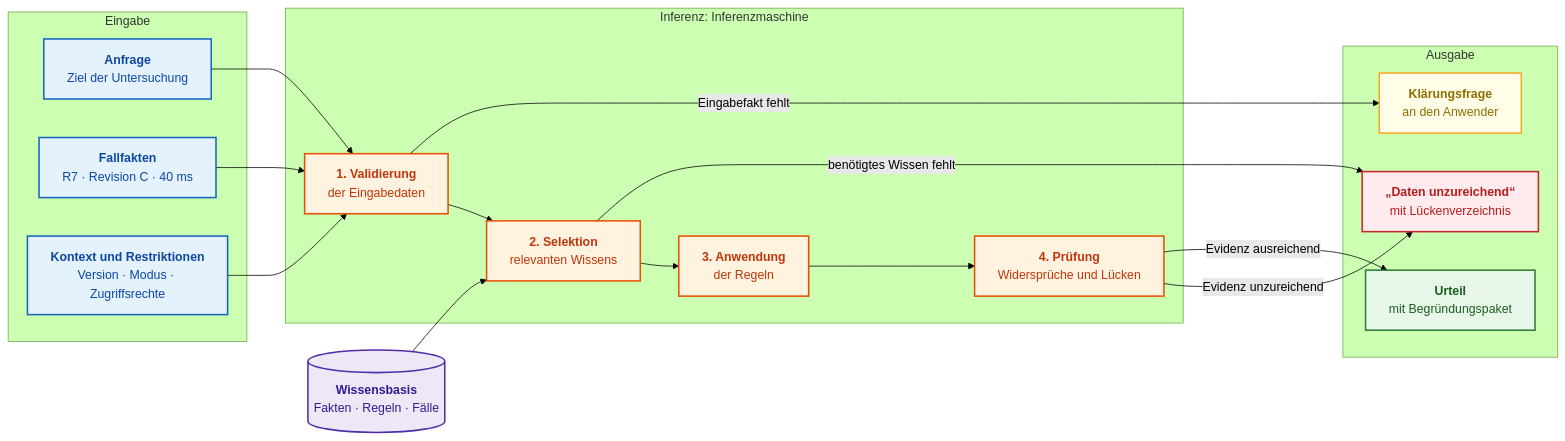
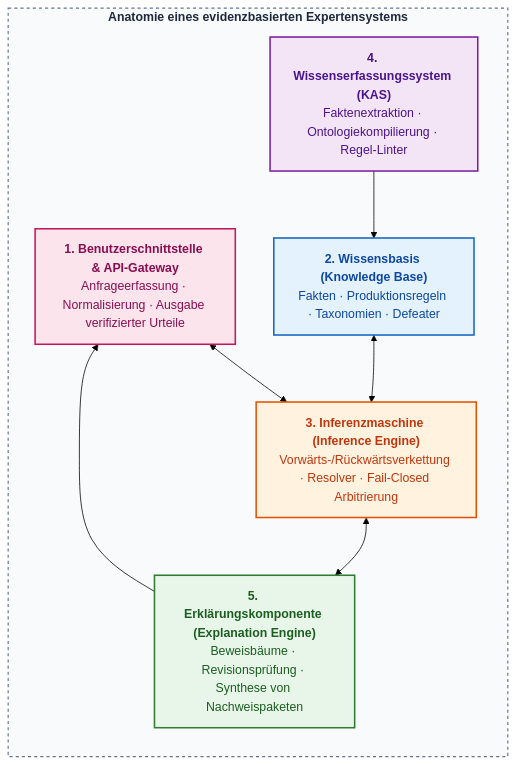
Before and after one commit to nick-fedchik/articles: the third of 4 diagrams in ExpertSystem/translations/de/ch01-introduction-to-expert-systems.md, drawn with Mermaid (forest theme). The commit also changed other lines of this file and 2 other files, not shown here.

Commit message:
feat(ch01): restructure introductory chapter, add classical founders dialogue, colorize anatomy diagram, and format header (UA/EN/DE)

````diff
--- a/ExpertSystem/translations/de/ch01-introduction-to-expert-systems.md
+++ b/ExpertSystem/translations/de/ch01-introduction-to-expert-systems.md
@@ -318,48 +148,38 @@
 ```mermaid
-flowchart LR
-    accTitle: Eingabe, Inferenz und Ausgabe eines Expertensystems
-    accDescr: Anfrage, Fallfakten, Kontext und Restriktionen bilden die Eingabe. Die Inferenzmaschine validiert die Daten, selektiert Wissen aus der Wissensbasis, wendet Regeln an und prüft Widersprüche. Als Ausgabe liefert das System ein Urteil mit Begründungspaket, eine Klärungsfrage oder eine fundierte Verweigerung mangels Daten.
+flowchart TD
+    accTitle: Anatomie eines evidenzbasierten Expertensystems
+    accDescr: Fünf Kernteilsysteme des Expertensystems: Benutzerschnittstelle und API-Gateway, Wissenserfassungssystem, Wissensbasis, Inferenzmaschine und Erklärungskomponente.
 
-    subgraph IN["Eingabe"]
-        Q["<b>Anfrage</b><br/>Ziel der Untersuchung"]
-        F["<b>Fallfakten</b><br/>R7 · Revision C · 40 ms"]
-        CTX["<b>Kontext und Restriktionen</b><br/>Version · Modus · Zugriffsrechte"]
+    subgraph ES_ARCH["<b>Anatomie eines evidenzbasierten Expertensystems</b>"]
+        direction TB
+        UI["<b>1. Benutzerschnittstelle & API-Gateway</b><br/>Anfrageerfassung · Normalisierung · Ausgabe verifizierter Urteile"]
+        
+        KAS["<b>4. Wissenserfassungssystem (KAS)</b><br/>Faktenextraktion · Ontologiekompilierung · Regel-Linter"]
+        
+        KB["<b>2. Wissensbasis (Knowledge Base)</b><br/>Fakten · Produktionsregeln · Taxonomien · Defeater"]
+        
+        IE["<b>3. Inferenzmaschine (Inference Engine)</b><br/>Vorwärts-/Rückwärtsverkettung · Resolver · Fail-Closed Arbitrierung"]
+        
+        EE["<b>5. Erklärungskomponente (Explanation Engine)</b><br/>Beweisbäume · Revisionsprüfung · Synthese von Nachweispaketen"]
     end
 
-    subgraph RS["Inferenz: Inferenzmaschine"]
-        S1["<b>1. Validierung</b><br/>der Eingabedaten"]
-        S2["<b>2. Selektion</b><br/>relevanten Wissens"]
-        S3["<b>3. Anwendung</b><br/>der Regeln"]
-        S4["<b>4. Prüfung</b><br/>Widersprüche und Lücken"]
-        S1 --> S2 --> S3 --> S4
-    end
+    UI <--> IE
+    KAS --> KB
+    KB <--> IE
+    IE <--> EE
+    EE --> UI
 
-    KB[("<b>Wissensbasis</b><br/>Fakten · Regeln · Fälle")]
+    classDef ui fill:#fce4ec,stroke:#c2185b,stroke-width:2px,color:#880e4f;
+    classDef kas fill:#f3e5f5,stroke:#7b1fa2,stroke-width:2px,color:#4a148c;
+    classDef kb fill:#e3f2fd,stroke:#1565c0,stroke-width:2px,color:#0d47a1;
+    classDef ie fill:#fff3e0,stroke:#e65100,stroke-width:2px,color:#bf360c;
+    classDef ee fill:#e8f5e9,stroke:#2e7d32,stroke-width:2px,color:#1b5e20;
 
-    subgraph OUT["Ausgabe"]
-        OK["<b>Urteil</b><br/>mit Begründungspaket"]
-        ASK["<b>Klärungsfrage</b><br/>an den Anwender"]
-        NO["<b>„Daten unzureichend“</b><br/>mit Lückenverzeichnis"]
-    end
+    class UI ui;
+    class KAS kas;
+    class KB kb;
+    class IE ie;
+    class EE ee;
 
-    Q & F & CTX --> S1
-    KB --> S2
-    S1 -->|"Eingabefakt fehlt"| ASK
-    S2 -->|"benötigtes Wissen fehlt"| NO
-    S4 -->|"Evidenz unzureichend"| NO
-    S4 -->|"Evidenz ausreichend"| OK
-
-    classDef input fill:#e3f2fd,stroke:#1565c0,stroke-width:2px,color:#0d47a1;
-    classDef step fill:#fff3e0,stroke:#e65100,stroke-width:2px,color:#bf360c;
-    classDef kb fill:#ede7f6,stroke:#512da8,stroke-width:2px,color:#311b92;
-    classDef ok fill:#e8f5e9,stroke:#2e7d32,stroke-width:2px,color:#1b5e20;
-    classDef ask fill:#fffde7,stroke:#f9a825,stroke-width:2px,color:#8d6e00;
-    classDef no fill:#ffebee,stroke:#c62828,stroke-width:2px,color:#b71c1c;
-
-    class Q,F,CTX input;
-    class S1,S2,S3,S4 step;
-    class KB kb;
-    class OK ok;
-    class ASK ask;
-    class NO no;
+    style ES_ARCH fill:#f8fafc,stroke:#64748b,stroke-width:1.5px,stroke-dasharray: 4 4,color:#1e293b;
 ```
````
